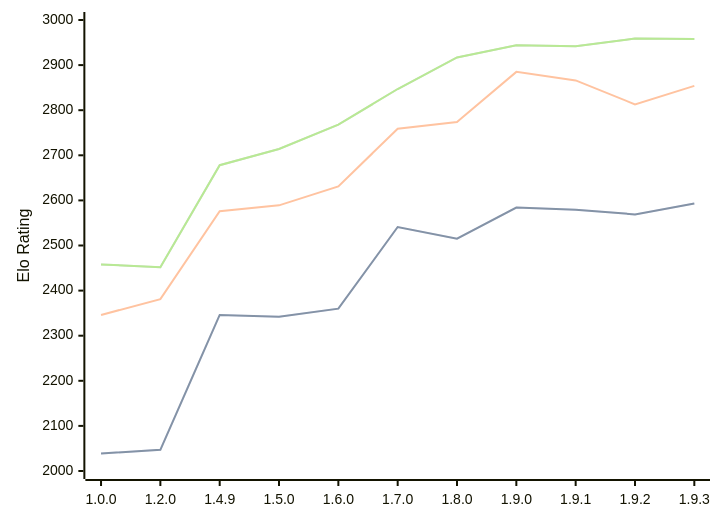
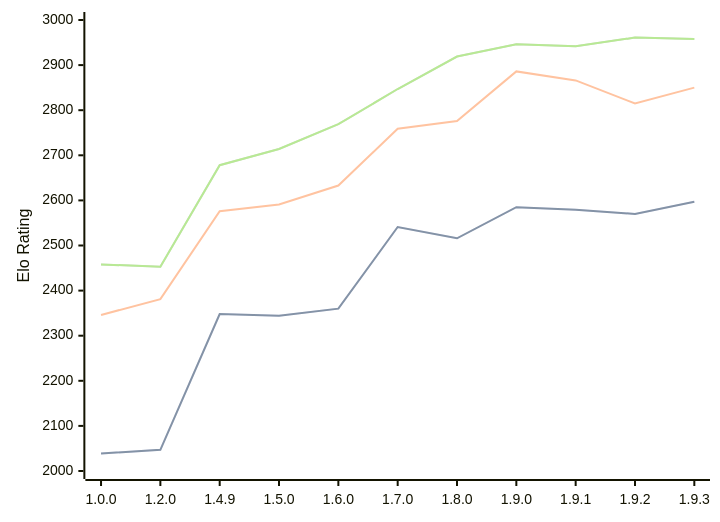
Before and after one commit to computer-chess-index/cci: the diagram in engines/Basilisk.md, drawn with Mermaid. The commit also changed other lines of this file, not shown here.

Commit message:
Update CCI Ratings (ELO VLTC) - 2026-08-23

````diff
--- a/engines/Basilisk.md
+++ b/engines/Basilisk.md
@@ -54,11 +54,11 @@
 ```mermaid
 %%{init: {"theme":"base","themeVariables":{"seriesColors:['#a3a3a3','#222221','#faa371']}}}%%
 xychart-beta
   x-axis ["1.0.0", "1.2.0", "1.4.9", "1.5.0", "1.6.0", "1.7.0", "1.8.0", "1.9.0", "1.9.1", "1.9.2", "1.9.3"]
   y-axis "Elo Rating" 2000 --> 3000
-  line "STC (8.0+0.08s)" [2039, 2047, 2346, 2342, 2360, 2541, 2515, 2584, 2579, 2569, 2593]
-  line "STC (8.0+0.08s)" [2039, 2047, 2346, 2342, 2360, 2541, 2515, 2584, 2579, 2569, 2593]
-  line "LTC (60.0+0.60s)" [2346, 2381, 2576, 2589, 2631, 2759, 2774, 2885, 2866, 2813, 2854]
-  line "VLTC (2m24s+1.12s)" [2458, 2452, 2678, 2714, 2768, 2847, 2917, 2944, 2942, 2959, 2958]
-  line "VLTC (2m24s+1.12s)" [2458, 2452, 2678, 2714, 2768, 2847, 2917, 2944, 2942, 2959, 2958]
+  line "STC (8.0+0.08s)" [2039, 2047, 2348, 2344, 2360, 2541, 2516, 2585, 2579, 2570, 2597]
+  line "STC (8.0+0.08s)" [2039, 2047, 2348, 2344, 2360, 2541, 2516, 2585, 2579, 2570, 2597]
+  line "LTC (60.0+0.60s)" [2346, 2381, 2576, 2591, 2633, 2759, 2776, 2886, 2866, 2815, 2850]
+  line "VLTC (2m24s+1.12s)" [2458, 2453, 2678, 2714, 2769, 2847, 2919, 2946, 2942, 2961, 2958]
+  line "VLTC (2m24s+1.12s)" [2458, 2453, 2678, 2714, 2769, 2847, 2919, 2946, 2942, 2961, 2958]
 ```
````
